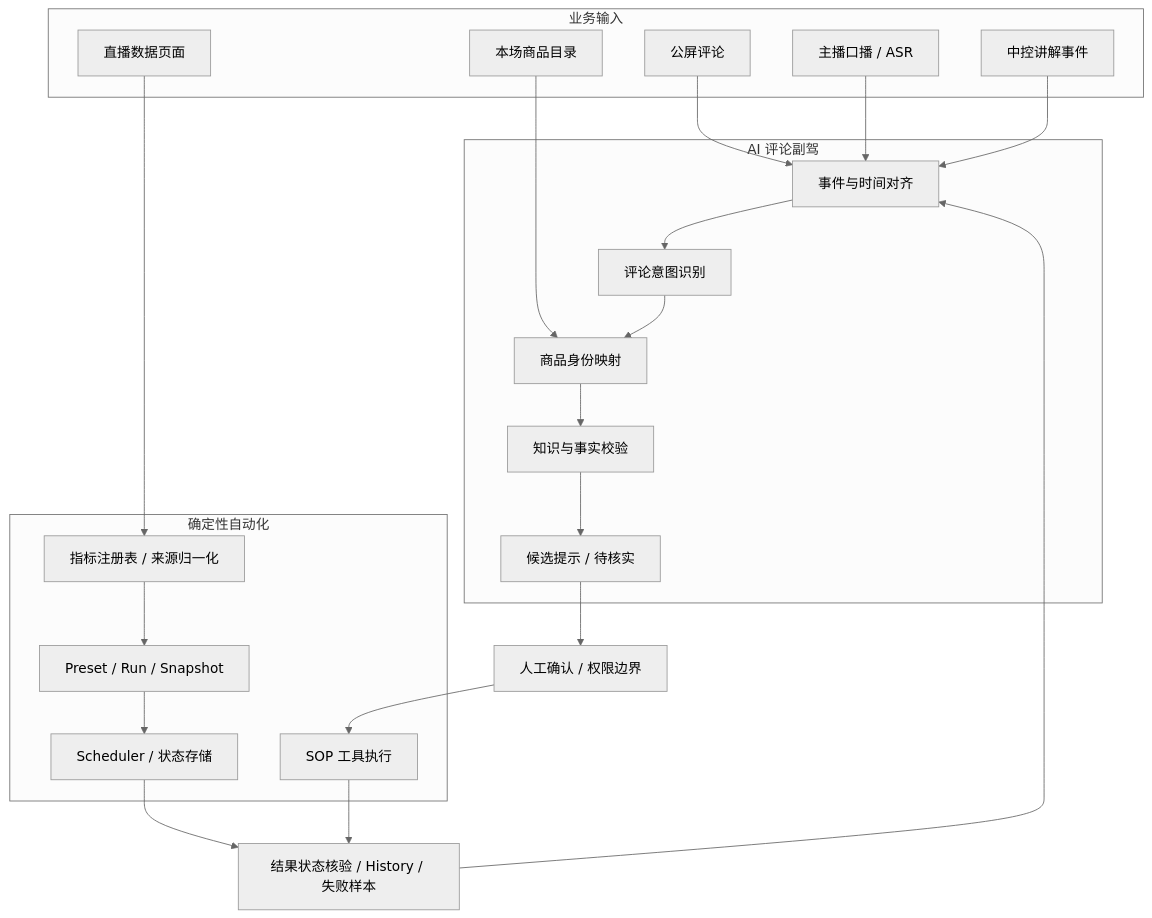
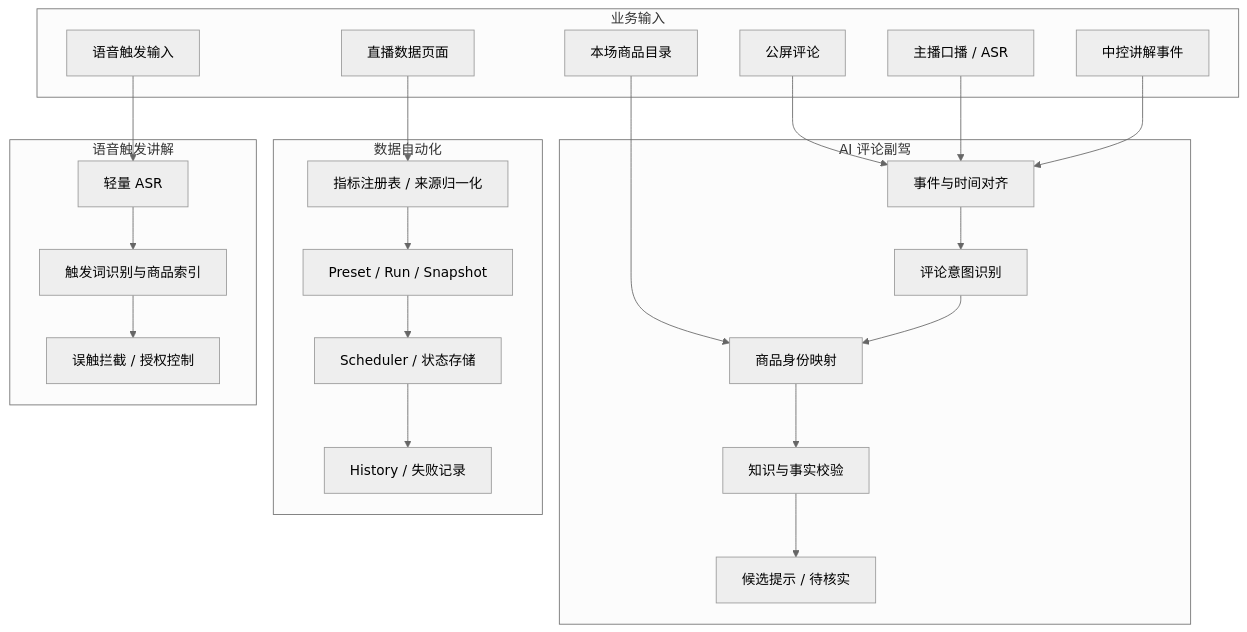
Before and after one commit to hjs980824/xiaoman-agent-portfolio: the diagram in docs/architecture.md, drawn with Mermaid (neutral theme). The commit also changed other lines of this file, not shown here.

Commit message:
docs: align docs/architecture.md with Xiaoman project scope

````diff
--- a/docs/architecture.md
+++ b/docs/architecture.md
@@ -7,33 +7,40 @@
 ```mermaid
 flowchart TB
   subgraph INPUT[业务输入]
     A[公屏评论]
     B[主播口播 / ASR]
     C[中控讲解事件]
     D[本场商品目录]
     E[直播数据页面]
+    F[语音触发输入]
   end
+
   subgraph COPILOT[AI 评论副驾]
-    F[事件与时间对齐]
-    G[评论意图识别]
-    H[商品身份映射]
-    I[知识与事实校验]
-    J[候选提示 / 待核实]
+    G[事件与时间对齐]
+    H[评论意图识别]
+    I[商品身份映射]
+    J[知识与事实校验]
+    K[候选提示 / 待核实]
   end
-  subgraph AUTOMATION[确定性自动化]
-    K[指标注册表 / 来源归一化]
-    L[Preset / Run / Snapshot]
-    M[Scheduler / 状态存储]
-    N[SOP 工具执行]
+
+  subgraph DATA[数据自动化]
+    L[指标注册表 / 来源归一化]
+    M[Preset / Run / Snapshot]
+    N[Scheduler / 状态存储]
+    O[History / 失败记录]
   end
-  O[人工确认 / 权限边界]
-  P[结果状态核验 / History / 失败样本]
-  A --> F
-  B --> F
-  C --> F
-  D --> H
-  F --> G --> H --> I --> J --> O
-  E --> K --> L --> M --> P
-  O --> N --> P
-  P --> F
+
+  subgraph VOICE[语音触发讲解]
+    P[轻量 ASR]
+    Q[触发词识别与商品索引]
+    R[误触拦截 / 授权控制]
+  end
+
+  A --> G
+  B --> G
+  C --> G
+  D --> I
+  G --> H --> I --> J --> K
+  E --> L --> M --> N --> O
+  F --> P --> Q --> R
 ```
````
